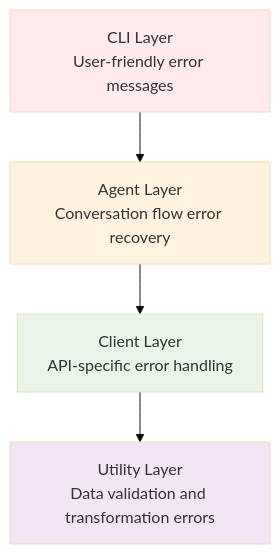
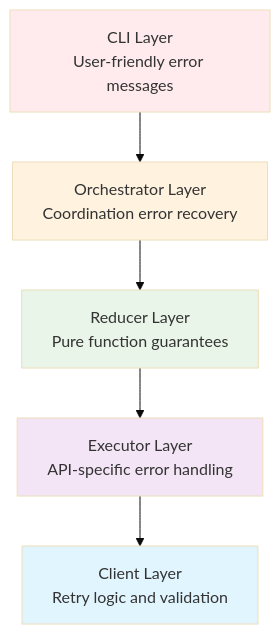
Before and after one commit to shomrkm/shochan_ai: the fourth of 5 diagrams in docs/ARCHITECTURE.md, drawn with Mermaid (base theme). The commit also changed other lines of this file and 1 other file, not shown here.

First line of the commit message:
doc: complete Phase 3 implementation of Stateless Reducer pattern

````diff
--- a/docs/ARCHITECTURE.md
+++ b/docs/ARCHITECTURE.md
@@ -349,11 +586,13 @@
 ```mermaid
 graph TD
-    A[CLI Layer<br/>User-friendly error messages] --> B[Agent Layer<br/>Conversation flow error recovery]
-    B --> C[Client Layer<br/>API-specific error handling]
-    C --> D[Utility Layer<br/>Data validation and transformation errors]
-    
+    A[CLI Layer<br/>User-friendly error messages] --> B[Orchestrator Layer<br/>Coordination error recovery]
+    B --> C[Reducer Layer<br/>Pure function guarantees]
+    C --> D[Executor Layer<br/>API-specific error handling]
+    D --> E[Client Layer<br/>Retry logic and validation]
+
     style A fill:#ffebee
     style B fill:#fff3e0
     style C fill:#e8f5e8
     style D fill:#f3e5f5
+    style E fill:#e1f5fe
 ```
````
